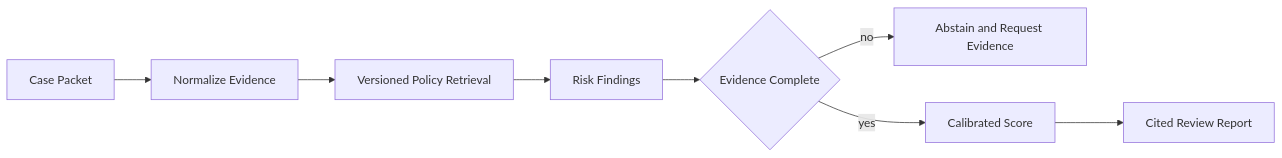
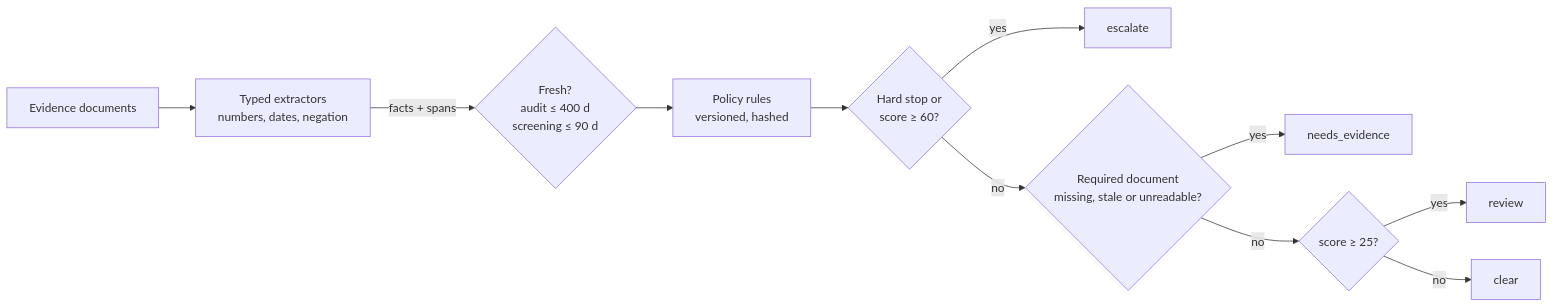
One commit to asher0913/risk-agent-workbench changed the diagram in README.md. Above: the diagram before and after it, drawn with Mermaid. The commit also changed other lines of this file and 17 other files, not shown here.

First line of the commit message:
Rebuild as an evidence-grounded review engine with measured failure modes

````diff
--- a/README.md
+++ b/README.md
@@ -20,10 +80,13 @@
 ```mermaid
 flowchart LR
-  C[Case Packet] --> N[Normalize Evidence]
-  N --> K[Versioned Policy Retrieval]
-  K --> F[Risk Findings]
-  F --> G{Evidence Complete}
-  G -->|no| A[Abstain and Request Evidence]
-  G -->|yes| S[Calibrated Score]
-  S --> R[Cited Review Report]
+    E[Evidence documents] --> X[Typed extractors<br/>numbers, dates, negation]
+    X -->|facts + spans| S{Fresh?<br/>audit ≤ 400 d<br/>screening ≤ 90 d}
+    S --> R[Policy rules<br/>versioned, hashed]
+    R --> H{Hard stop or<br/>score ≥ 60?}
+    H -->|yes| ESC[escalate]
+    H -->|no| M{Required document<br/>missing, stale or unreadable?}
+    M -->|yes| NE[needs_evidence]
+    M -->|no| SC{score ≥ 25?}
+    SC -->|yes| REV[review]
+    SC -->|no| CLR[clear]
 ```
````
